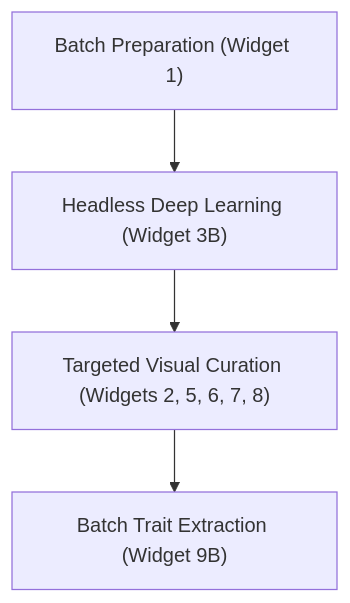
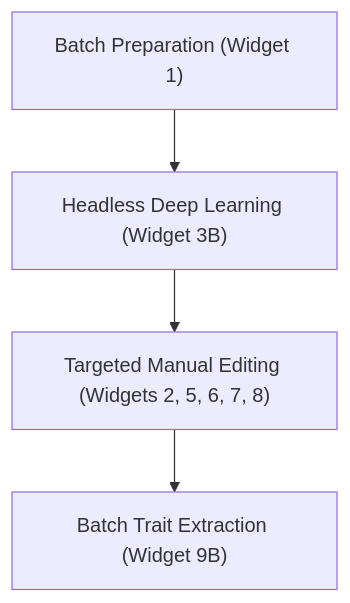
One commit to roxas-ai/napari-roxas-ai changed the third of 3 diagrams in docs/tutorials/workflows.md. Above: the diagram before and after it, drawn with Mermaid. The commit also changed other lines of this file, not shown here.

Commit message:
Update tutorial workflows: revise step names for consistency, refine descriptions, and add detailed editing techniques with new visuals.

````diff
--- a/docs/tutorials/workflows.md
+++ b/docs/tutorials/workflows.md
@@ -250,6 +243,6 @@
 ```mermaid
 flowchart TD
     B1["Batch Preparation (Widget 1)"] --> B2["Headless Deep Learning (Widget 3B)"]
-    B2 --> B3["Targeted Visual Curation (Widgets 2, 5, 6, 7, 8)"]
+    B2 --> B3["Targeted Manual Editing (Widgets 2, 5, 6, 7, 8)"]
     B3 --> B4["Batch Trait Extraction (Widget 9B)"]
 ```
````
